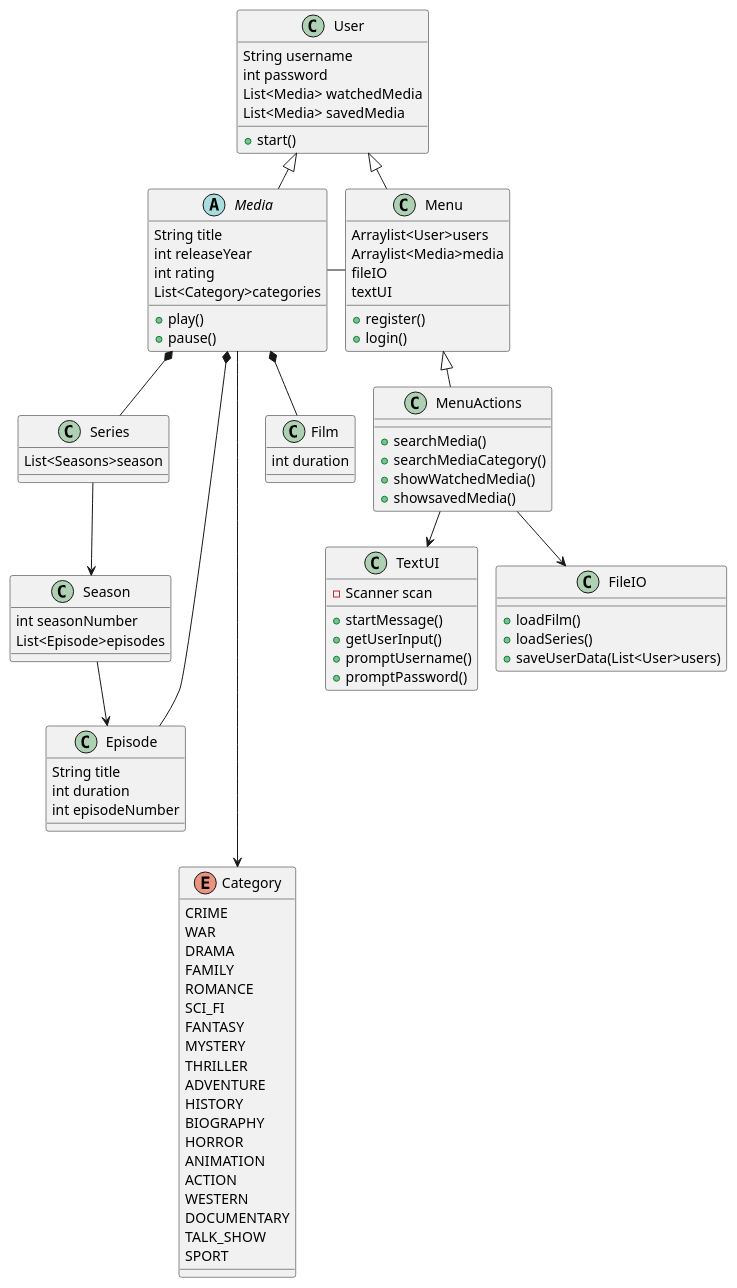
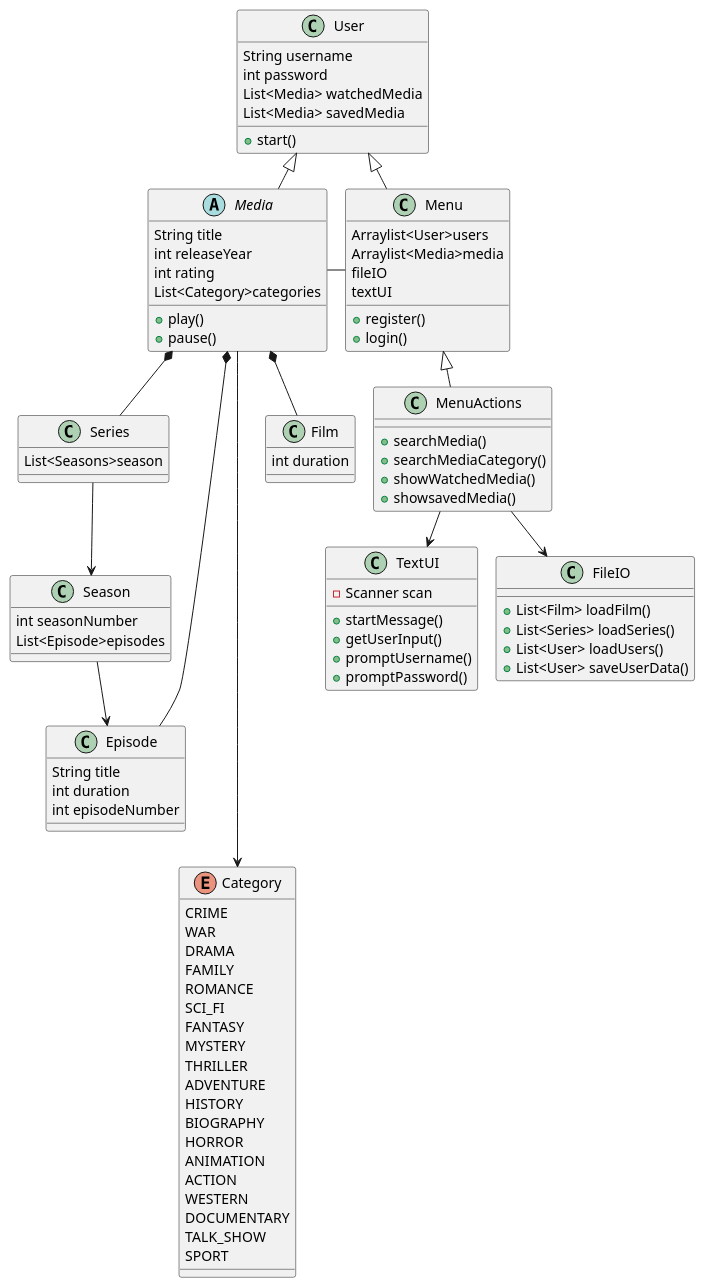
One commit to Gabbyskii/SP3 changed the diagram in doc/klassediagramV1.puml. Above: the diagram before and after it, drawn with PlantUML. The commit also changed 2 other files, not shown here.

```diff
--- a/doc/klassediagramV1.puml
+++ b/doc/klassediagramV1.puml
@@ -1,112 +1,113 @@
 @startuml
 !pragma layout smetana
 'https://plantuml.com/class-diagram
 
 abstract class Media{
 String title
 int releaseYear
 int rating
 List<Category>categories
 + play()
 + pause()
 }
 
 class Menu{
 Arraylist<User>users
 Arraylist<Media>media
 fileIO
 textUI
 + register()
 + login()
 }
 
 class User{
 String username
 int password
 List<Media> watchedMedia
 List<Media> savedMedia
 + start()
 }
 
 class Film{
 int duration
 }
 
 class MenuActions{
 + searchMedia()
 + searchMediaCategory()
 + showWatchedMedia()
 + showsavedMedia()
 }
 
 class Series{
 List<Seasons>season
 }
 class Season{
 int seasonNumber
 List<Episode>episodes
 }
 class Episode{
 String title
 int duration
 int episodeNumber
 }
 
 enum Category{
 CRIME
  WAR
  DRAMA
  FAMILY
  ROMANCE
  SCI_FI
  FANTASY
  MYSTERY
  THRILLER
  ADVENTURE
  HISTORY
  BIOGRAPHY
  HORROR
  ANIMATION
  ACTION
  WESTERN
  DOCUMENTARY
  TALK_SHOW
  SPORT
 }
 
 class FileIO{
-+ loadFilm()
-+ loadSeries()
-+ saveUserData(List<User>users)
++ List<Film> loadFilm()
++ List<Series> loadSeries()
++ List<User> loadUsers()
++ List<User> saveUserData()
 }
 
 class TextUI{
 - Scanner scan
 + startMessage()
 + getUserInput()
 + promptUsername()
 + promptPassword()
 }
 
 Media *-- Film
 Media *-- Series
 Series --> Season
 Season --> Episode
 User <|-- Media
 User <|-- Menu
 
 
 
 Menu <|-- MenuActions
 
 MenuActions --> FileIO
 MenuActions --> TextUI
 
 Media - Menu
 
 Episode --* Media
 Media -----> Category
 
 
 
 @enduml
```
